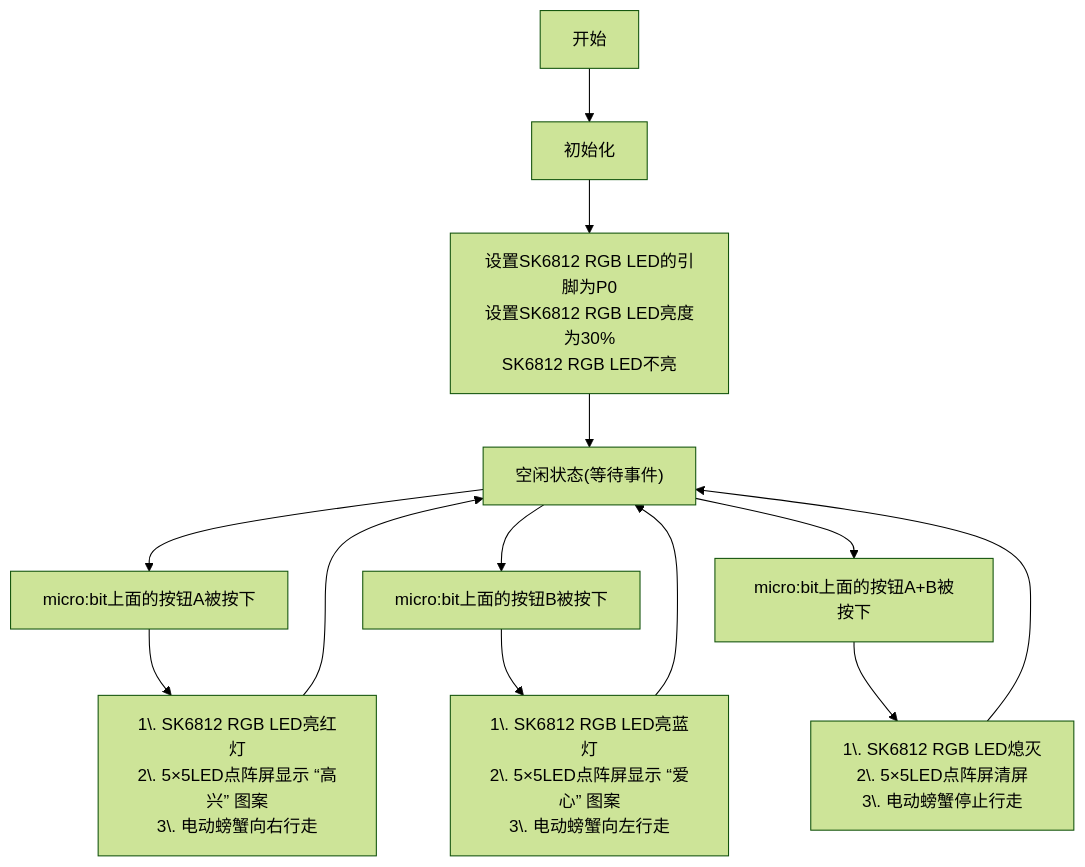
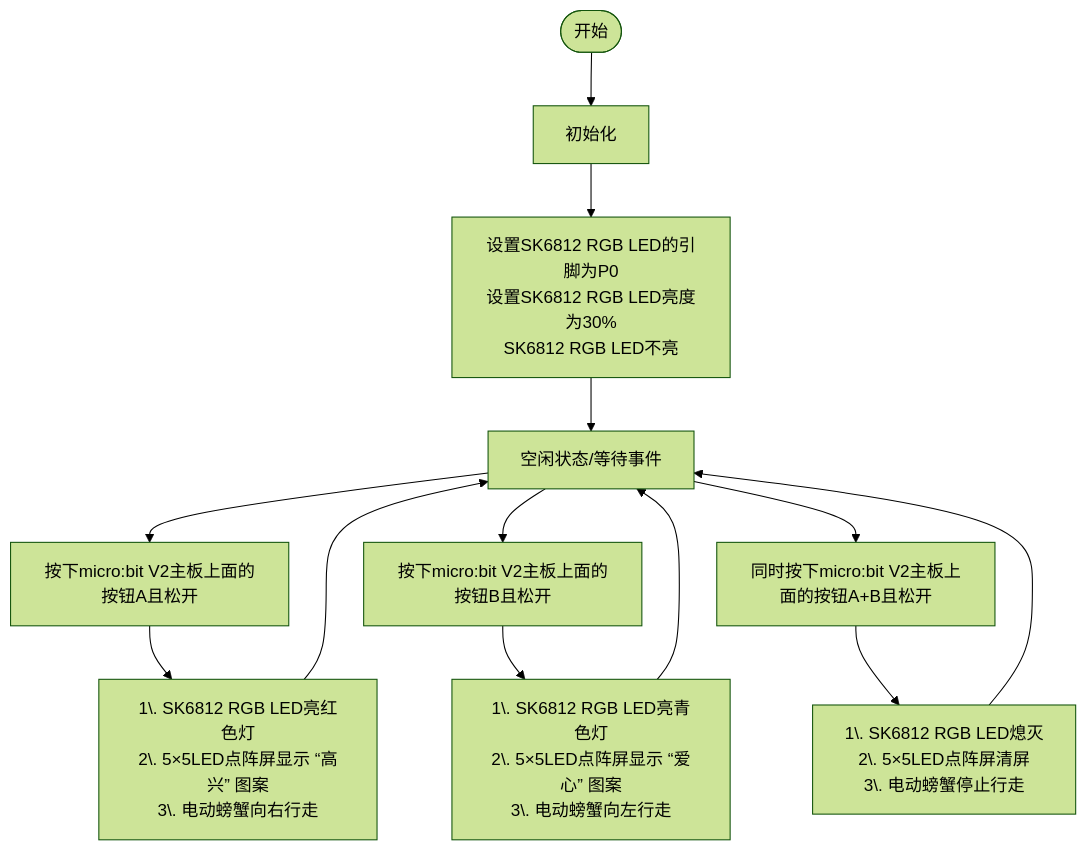
One commit to keyestudio/KS0604-Keyestudio-Microbit-8-1- changed the diagram in docs/MakeCode_教程/Projects/课程04.md. Above: the diagram before and after it, drawn with Mermaid (forest theme). The commit also changed other lines of this file and 235 other files, not shown here.

````diff
--- a/docs/MakeCode_教程/Projects/课程04.md
+++ b/docs/MakeCode_教程/Projects/课程04.md
@@ -34,21 +125,21 @@
 ```mermaid
 flowchart TD
-    Start["开始"] --> OnInit1["初始化"]
+    Start([开始]) --> OnInit1[初始化]
 
-    OnInit1 --> OnInit2["设置SK6812 RGB LED的引脚为P0<br>设置SK6812 RGB LED亮度为30%<br>SK6812 RGB LED不亮"]
+    OnInit1 --> OnInit2[设置SK6812 RGB LED的引脚为P0<br>设置SK6812 RGB LED亮度为30%<br>SK6812 RGB LED不亮]
     
-    OnInit2 --> IdleState["空闲状态(等待事件)"]
+    OnInit2 --> IdleState[空闲状态/等待事件]
     
-    IdleState --> EventBtnA["micro:bit上面的按钮A被按下"]
-    IdleState --> EventBtnB["micro:bit上面的按钮B被按下"]
-    IdleState --> EventBtnAB["micro:bit上面的按钮A+B被按下"]
+    IdleState --> EventBtnA[按下micro:bit V2主板上面的按钮A且松开]
+    IdleState --> EventBtnB[按下micro:bit V2主板上面的按钮B且松开]
+    IdleState --> EventBtnAB[同时按下micro:bit V2主板上面的按钮A+B且松开]
     
-    EventBtnA --> BtnAAction["1\. SK6812 RGB LED亮红灯<br>2\. 5×5LED点阵屏显示 “高兴” 图案<br>3\. 电动螃蟹向右行走"]
+    EventBtnA --> BtnAAction[1\. SK6812 RGB LED亮红色灯<br>2\. 5×5LED点阵屏显示 “高兴” 图案<br>3\. 电动螃蟹向右行走]
     BtnAAction --> IdleState
     
-    EventBtnB --> BtnBAction["1\. SK6812 RGB LED亮蓝灯<br>2\. 5×5LED点阵屏显示 “爱心” 图案<br>3\. 电动螃蟹向左行走"]
+    EventBtnB --> BtnBAction[1\. SK6812 RGB LED亮青色灯<br>2\. 5×5LED点阵屏显示 “爱心” 图案<br>3\. 电动螃蟹向左行走]
     BtnBAction --> IdleState
 
-    EventBtnAB --> BtnABAction["1\. SK6812 RGB LED熄灭<br>2\. 5×5LED点阵屏清屏<br>3\. 电动螃蟹停止行走"]
+    EventBtnAB --> BtnABAction[1\. SK6812 RGB LED熄灭<br>2\. 5×5LED点阵屏清屏<br>3\. 电动螃蟹停止行走]
     BtnABAction --> IdleState
 ```
````
